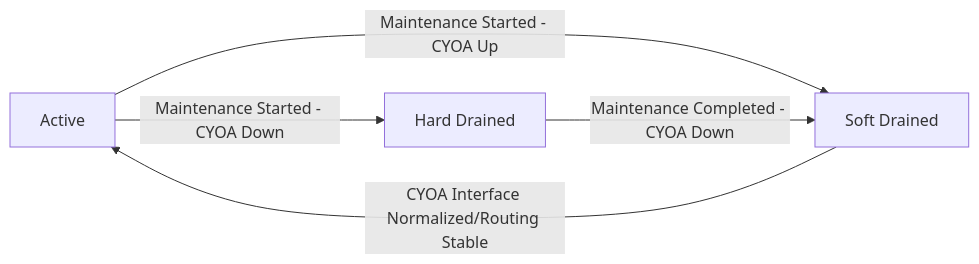
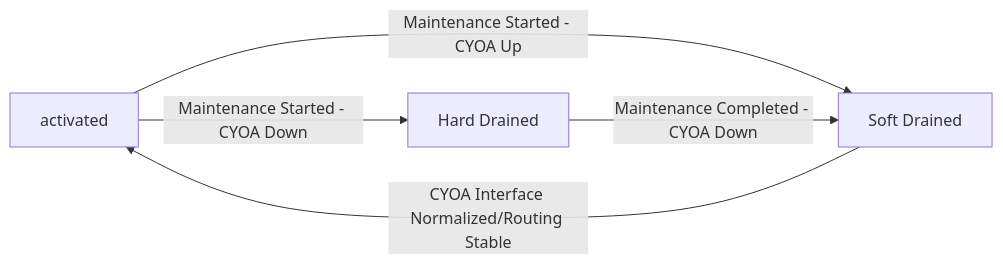
The second of 4 diagrams in rfcs/rfc7-draining-device-link.md (malbeclabs/doublezero), drawn with Mermaid before and after one commit. The commit also changed other lines of this file, not shown here.

Commit message:
Rework traffic_status and edge_status to use link.status and edge.status.  Also replace active with activated state.

````diff
--- a/rfcs/rfc7-draining-device-link.md
+++ b/rfcs/rfc7-draining-device-link.md
@@ -116,7 +108,7 @@
 ```mermaid
 graph LR
-    ACTIVE[Active] -->|Maintenance Started - CYOA Up| SOFT_DRAINED[Soft Drained] 
-    ACTIVE -->|Maintenance Started - CYOA Down| HARD_DRAINED[Hard Drained]
+    ACTIVATED[activated] -->|Maintenance Started - CYOA Up| SOFT_DRAINED[Soft Drained] 
+    ACTIVATED -->|Maintenance Started - CYOA Down| HARD_DRAINED[Hard Drained]
     HARD_DRAINED -->|Maintenance Completed - CYOA Down| SOFT_DRAINED
-    SOFT_DRAINED -->|CYOA Interface Normalized/Routing Stable| ACTIVE
+    SOFT_DRAINED -->|CYOA Interface Normalized/Routing Stable| ACTIVATED
 ```
````
